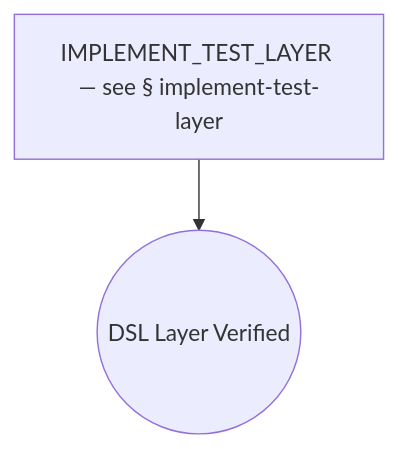
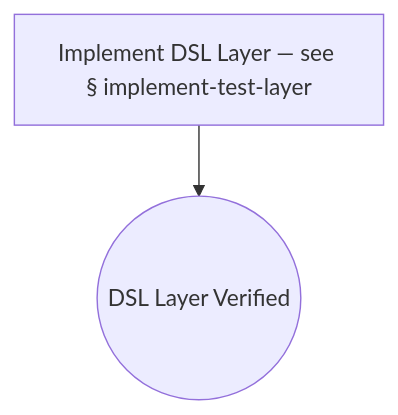
One commit to optivem/gh-optivem changed diagram 17 of 50 in docs/process-diagram.md. Above: the diagram before and after it, drawn with Mermaid. The commit also changed other lines of this file and 6 other files, not shown here.

````diff
--- a/docs/process-diagram.md
+++ b/docs/process-diagram.md
@@ -391,7 +391,7 @@
 ```mermaid
 flowchart TD
-    IMPLEMENT_TEST_LAYER[IMPLEMENT_TEST_LAYER — see § implement-test-layer]
+    IMPLEMENT_TEST_LAYER[Implement DSL Layer — see § implement-test-layer]
     IMPL_DSL_END((DSL Layer Verified))
 
     IMPLEMENT_TEST_LAYER --> IMPL_DSL_END
 ```
````
